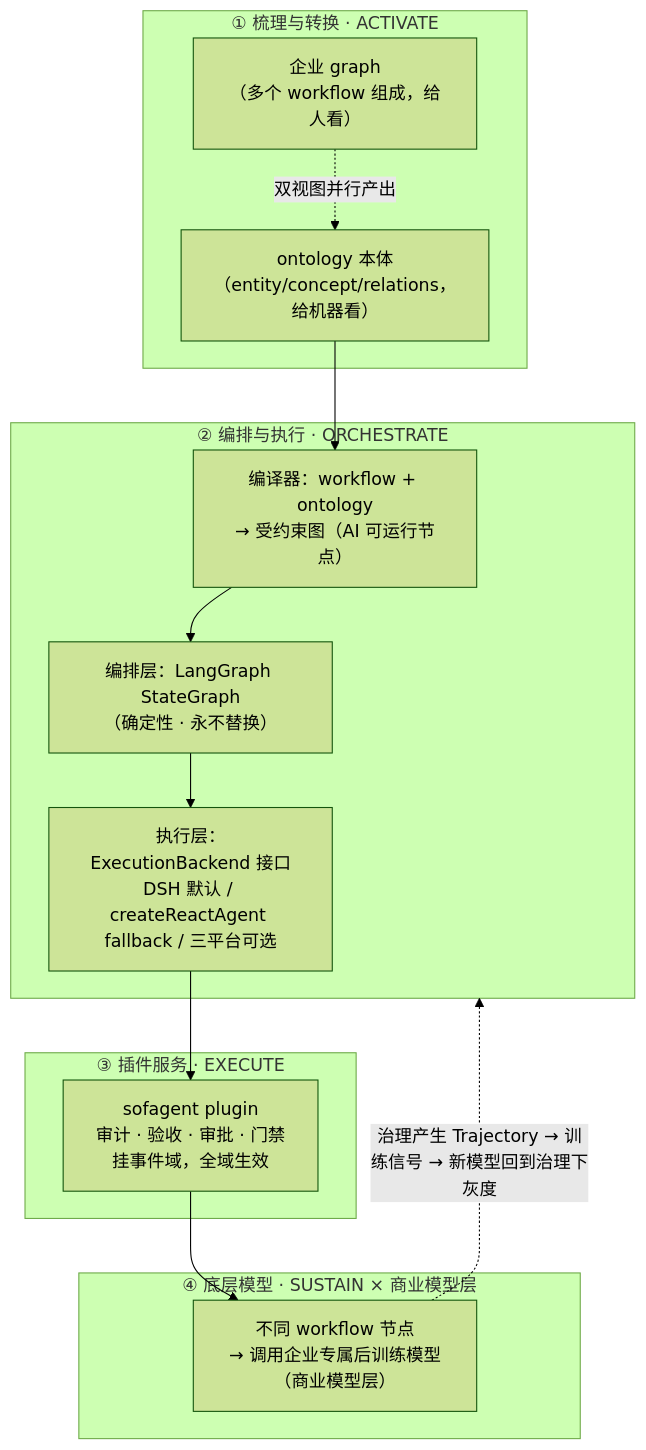
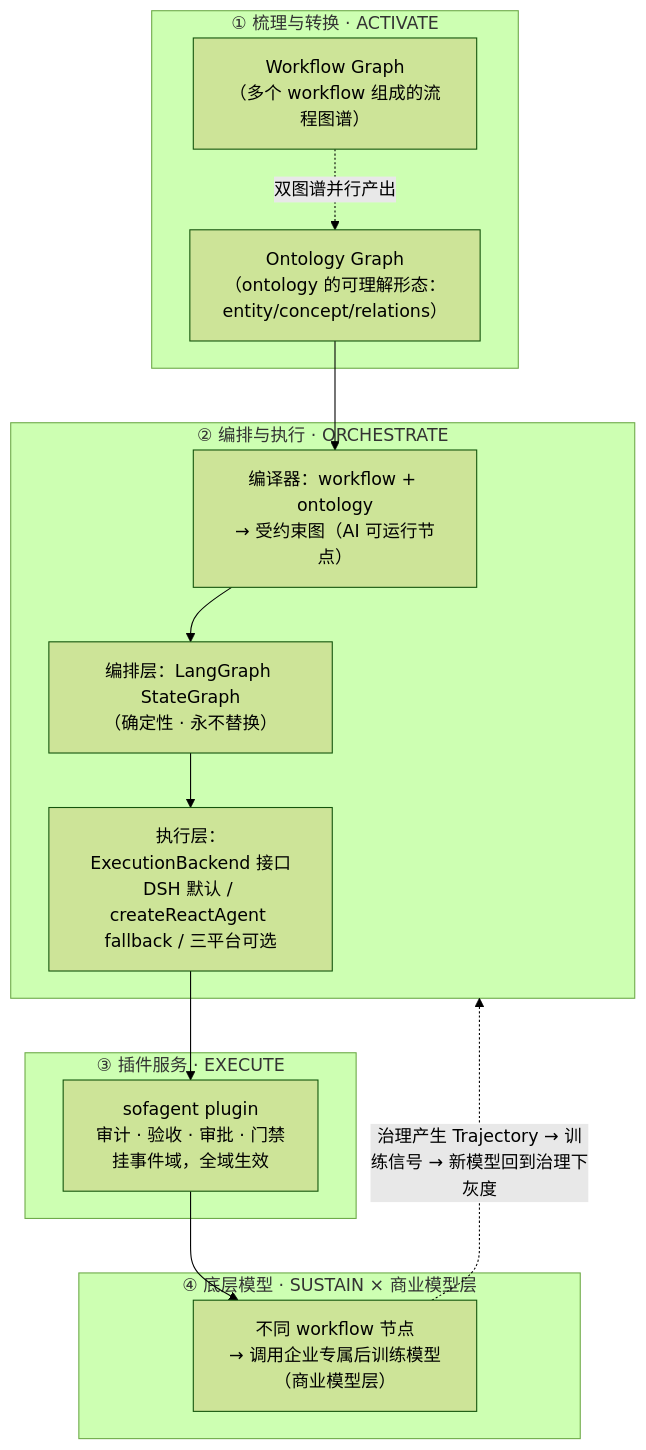
The fourth of 10 diagrams in docs/ARCHITECTURE.md (KongFangXun/sofagent), drawn with Mermaid (forest theme) before and after one commit. The commit also changed other lines of this file and 4 other files, not shown here.

First line of the commit message:
docs: 定义双图谱术语（Workflow Graph / Ontology Graph）+ 模板市场 前瞻引用更新 商业平台

````diff
--- a/docs/ARCHITECTURE.md
+++ b/docs/ARCHITECTURE.md
@@ -91,22 +91,22 @@
 ```mermaid
 graph TB
     subgraph L1["① 梳理与转换 · ACTIVATE"]
-        G["企业 graph<br/>（多个 workflow 组成，给人看）"] 
-        O["ontology 本体<br/>（entity/concept/relations，给机器看）"]
-        G -.双视图并行产出.-> O
+        G["Workflow Graph<br/>（多个 workflow 组成的流程图谱）"] 
+        O["Ontology Graph<br/>（ontology 的可理解形态：entity/concept/relations）"]
+        G -.双图谱并行产出.-> O
     end
     subgraph L2["② 编排与执行 · ORCHESTRATE"]
         C["编译器：workflow + ontology<br/>→ 受约束图（AI 可运行节点）"]
         C --> ORCH["编排层：LangGraph StateGraph<br/>（确定性 · 永不替换）"]
         ORCH --> BE["执行层：ExecutionBackend 接口<br/>DSH 默认 / createReactAgent fallback / 三平台可选"]
     end
     subgraph L3["③ 插件服务 · EXECUTE"]
         P["sofagent plugin<br/>审计 · 验收 · 审批 · 门禁<br/>挂事件域，全域生效"]
     end
     subgraph L4["④ 底层模型 · SUSTAIN × 商业模型层"]
         M["不同 workflow 节点<br/>→ 调用企业专属后训练模型（商业模型层）"]
     end
     O --> C
     BE --> P --> M
     M -.治理产生 Trajectory → 训练信号 → 新模型回到治理下灰度.-> L2
 ```
````
